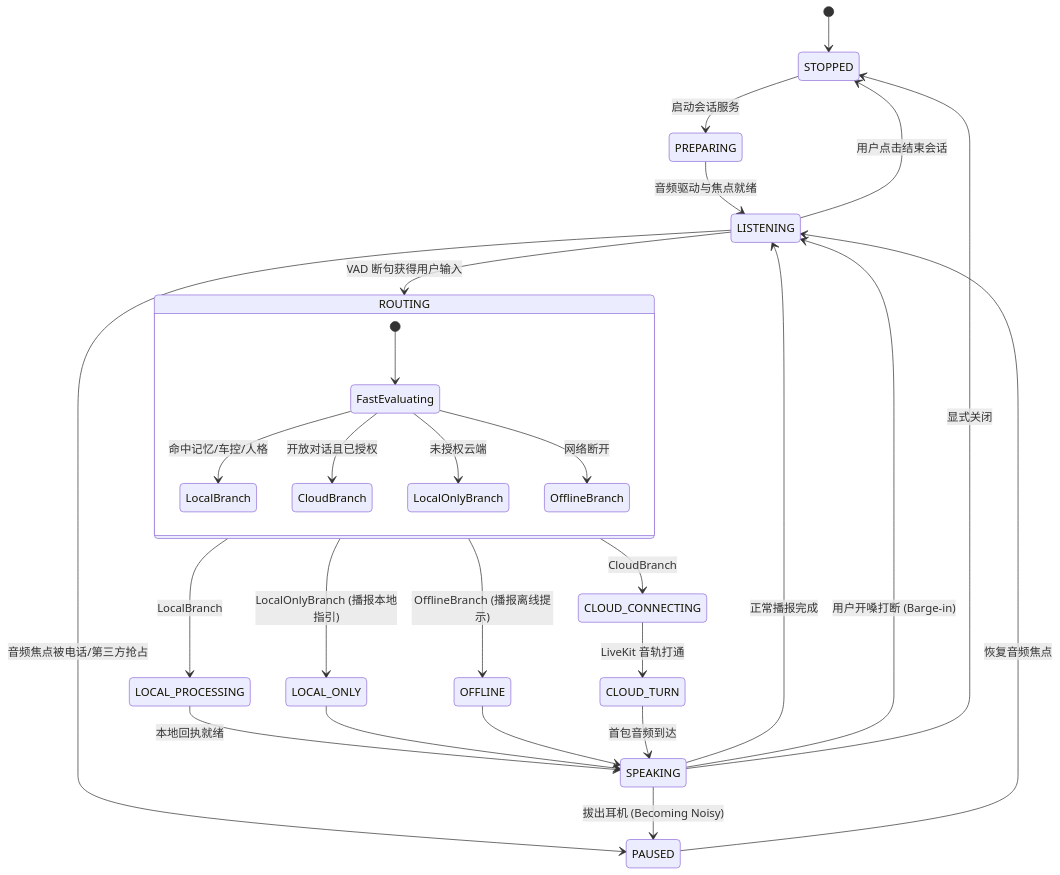
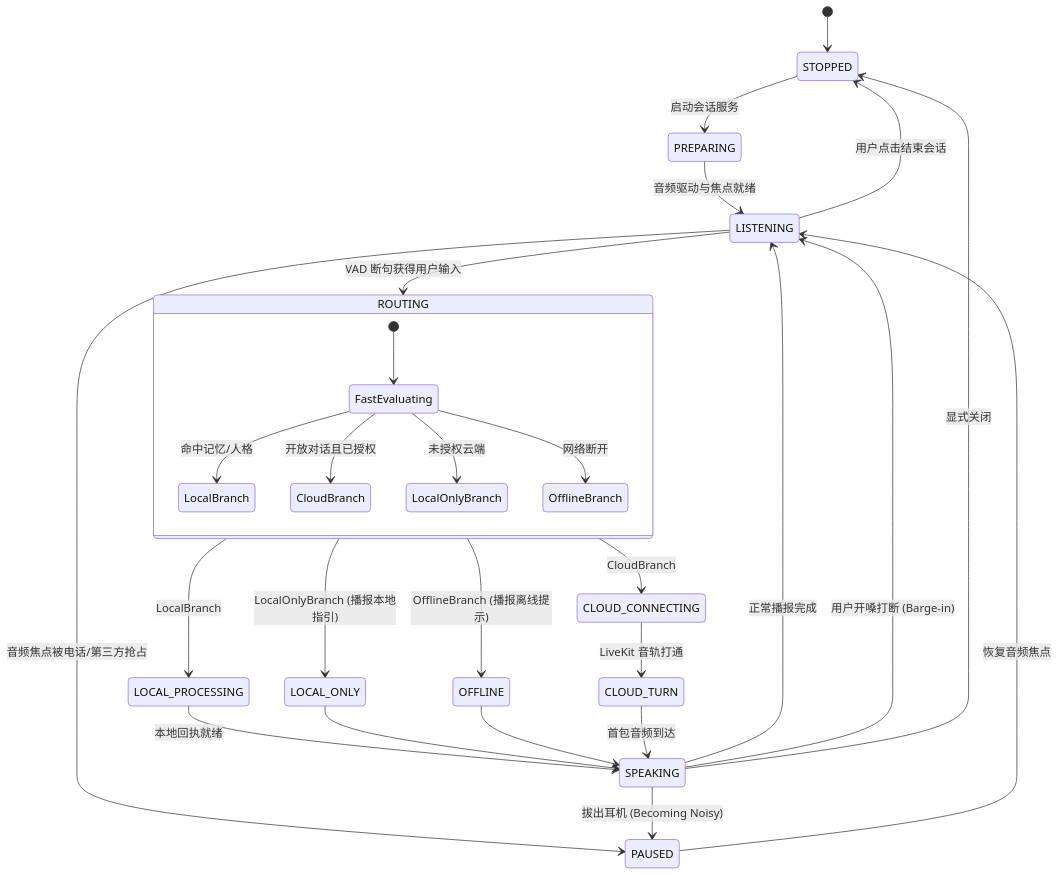
One commit to feixiao/FastAvatar changed the sixth of 7 diagrams in docs/architecture.md. Above: the diagram before and after it, drawn with Mermaid. The commit also changed other lines of this file and 12 other files, not shown here.

````diff
--- a/docs/architecture.md
+++ b/docs/architecture.md
@@ -313,37 +307,37 @@
 ```mermaid
 stateDiagram-v2
     [*] --> STOPPED
     STOPPED --> PREPARING: 启动会话服务
     PREPARING --> LISTENING: 音频驱动与焦点就绪
     LISTENING --> ROUTING: VAD 断句获得用户输入
     
     state ROUTING {
         [*] --> FastEvaluating
-        FastEvaluating --> LocalBranch: 命中记忆/车控/人格
+        FastEvaluating --> LocalBranch: 命中记忆/人格
         FastEvaluating --> CloudBranch: 开放对话且已授权
         FastEvaluating --> LocalOnlyBranch: 未授权云端
         FastEvaluating --> OfflineBranch: 网络断开
     }
     
     ROUTING --> LOCAL_PROCESSING: LocalBranch
     ROUTING --> LOCAL_ONLY: LocalOnlyBranch (播报本地指引)
     ROUTING --> OFFLINE: OfflineBranch (播报离线提示)
     ROUTING --> CLOUD_CONNECTING: CloudBranch
     
     LOCAL_PROCESSING --> SPEAKING: 本地回执就绪
     LOCAL_ONLY --> SPEAKING
     OFFLINE --> SPEAKING
     
     CLOUD_CONNECTING --> CLOUD_TURN: LiveKit 音轨打通
     CLOUD_TURN --> SPEAKING: 首包音频到达
     
     SPEAKING --> LISTENING: 正常播报完成
     SPEAKING --> LISTENING: 用户开嗓打断 (Barge-in)
     
     LISTENING --> PAUSED: 音频焦点被电话/第三方抢占
     SPEAKING --> PAUSED: 拔出耳机 (Becoming Noisy)
     PAUSED --> LISTENING: 恢复音频焦点
     
     LISTENING --> STOPPED: 用户点击结束会话
     SPEAKING --> STOPPED: 显式关闭
 ```
````
